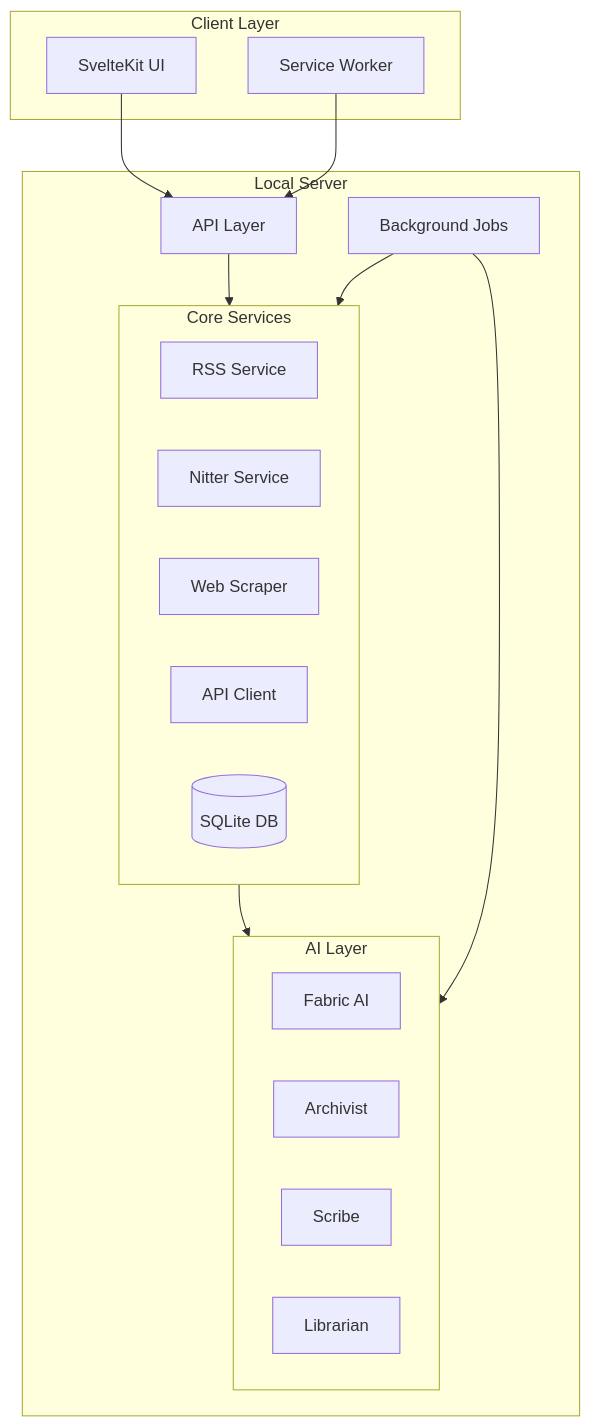
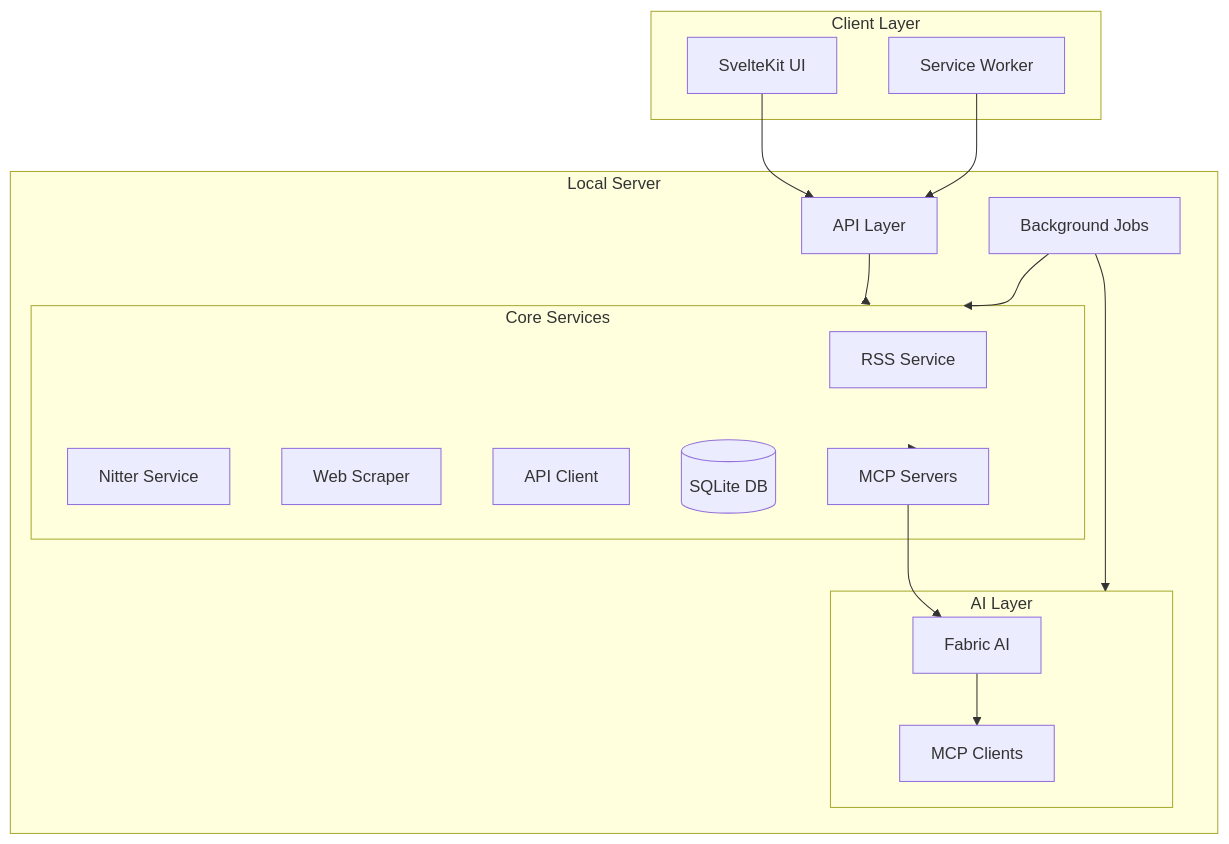
One commit to caramoussin/webinsight changed the first of 4 diagrams in documentations/specifications.md. Above: the diagram before and after it, drawn with Mermaid. The commit also changed other lines of this file and 4 other files, not shown here.

````diff
--- a/documentations/specifications.md
+++ b/documentations/specifications.md
@@ -186,34 +114,31 @@
 ```mermaid
 graph TB
     subgraph Client["Client Layer"]
         UI[SvelteKit UI]
         SW[Service Worker]
     end
-
     subgraph Server["Local Server"]
         API[API Layer]
         BG[Background Jobs]
-        
         subgraph Core["Core Services"]
             RSS[RSS Service]
             NIT[Nitter Service]
             WS[Web Scraper]
             APIC[API Client]
             DB[(SQLite DB)]
+            MCP[MCP Servers]
         end
-        
         subgraph AI["AI Layer"]
             FA[Fabric AI]
-            A[Archivist]
-            S[Scribe]
-            L[Librarian]
+            MCP_C[MCP Clients]
         end
     end
-
     UI --> API
     SW --> API
     API --> Core
-    Core --> AI
+    Core --> MCP
+    MCP --> FA
+    FA --> MCP_C
     BG --> Core
     BG --> AI
 ```
````
